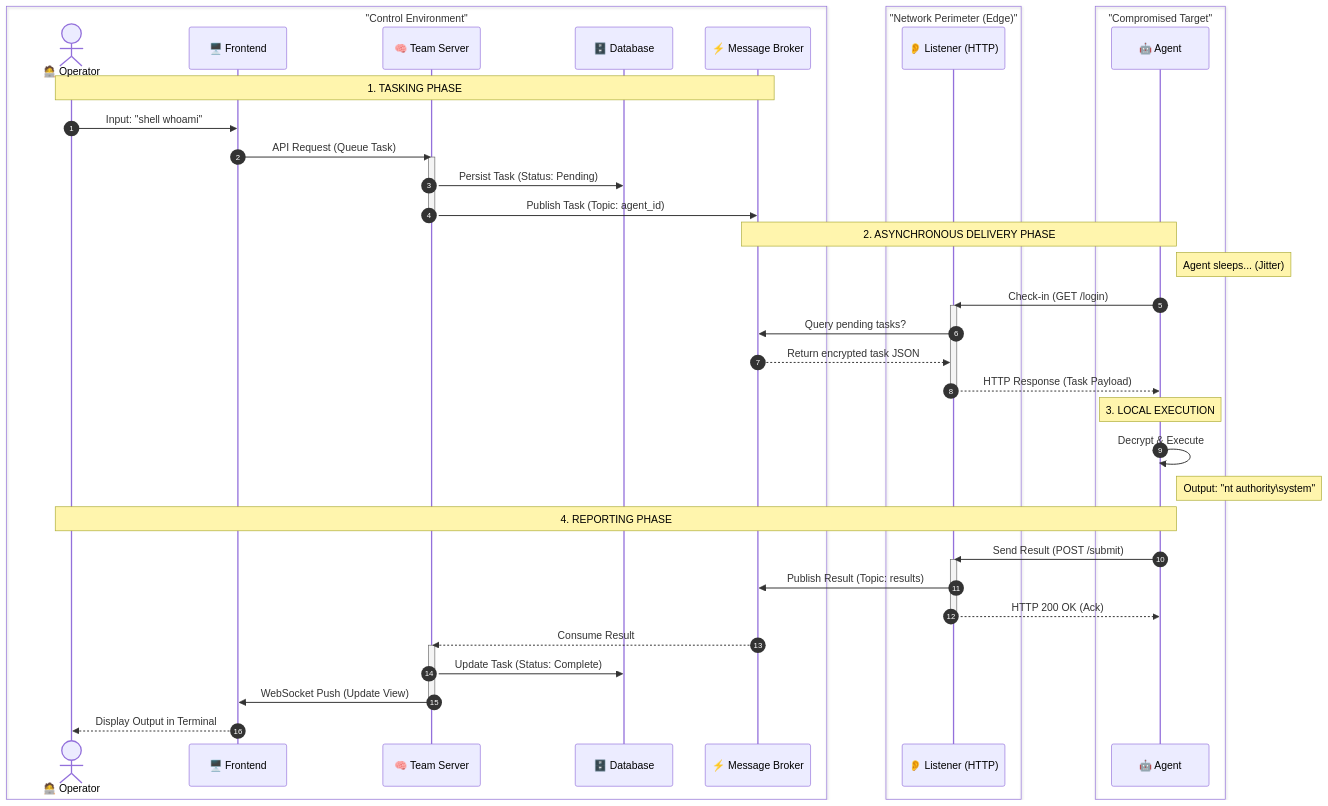
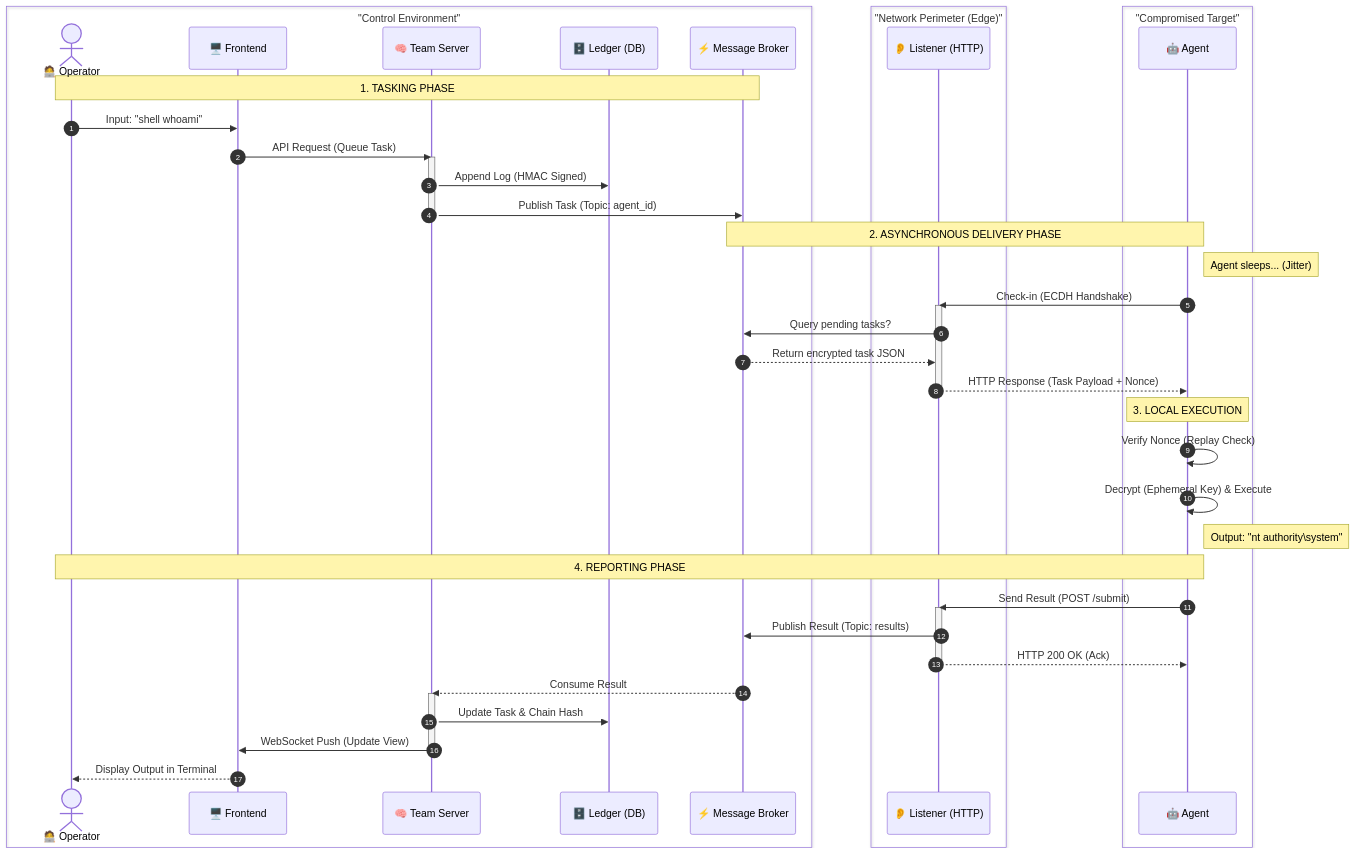
One commit to sourceunion/libre-control changed the second of 2 diagrams in ARCHITECTURE.md. Above: the diagram before and after it, drawn with Mermaid. The commit also changed other lines of this file and 4 other files, not shown here.

Commit message:
docs: update architecture documentation for clarity and detail

````diff
--- a/ARCHITECTURE.md
+++ b/ARCHITECTURE.md
@@ -145,63 +138,64 @@
 ```mermaid
 sequenceDiagram
     autonumber
     
     box "Control Environment" #f9f9f9
         actor Op as 🧑‍💻 Operator
         participant UI as 🖥️ Frontend
         participant Core as 🧠 Team Server
-        participant DB as 🗄️ Database
+        participant DB as 🗄️ Ledger (DB)
         participant Broker as ⚡ Message Broker
     end
     
     box "Network Perimeter (Edge)" #e1f5fe
         participant List as 👂 Listener (HTTP)
     end
     
     box "Compromised Target" #ffebee
         participant Agent as 🤖 Agent
     end
 
     %% PHASE 1: TASKING
     Note over Op, Broker: 1. TASKING PHASE
     Op->>UI: Input: "shell whoami"
     UI->>Core: API Request (Queue Task)
     activate Core
-    Core->>DB: Persist Task (Status: Pending)
+    Core->>DB: Append Log (HMAC Signed)
     Core->>Broker: Publish Task (Topic: agent_id)
     deactivate Core
     
     %% PHASE 2: BEACONING & DELIVERY
     Note over Broker, Agent: 2. ASYNCHRONOUS DELIVERY PHASE
     
     %% Sleep Loop (Jitter)
     Note right of Agent: Agent sleeps... (Jitter)
     
-    Agent->>List: Check-in (GET /login)
+    Agent->>List: Check-in (ECDH Handshake)
     activate List
     List->>Broker: Query pending tasks?
     Broker-->>List: Return encrypted task JSON
-    List-->>Agent: HTTP Response (Task Payload)
+    List-->>Agent: HTTP Response (Task Payload + Nonce)
     deactivate List
 
     %% PHASE 3: EXECUTION
     Note over Agent: 3. LOCAL EXECUTION
-    Agent->>Agent: Decrypt & Execute
+    Agent->>Agent: Verify Nonce (Replay Check)
+    Agent->>Agent: Decrypt (Ephemeral Key) & Execute
     Note right of Agent: Output: "nt authority\system"
 
     %% PHASE 4: REPORTING
     Note over Agent, Op: 4. REPORTING PHASE
     Agent->>List: Send Result (POST /submit)
     activate List
     List->>Broker: Publish Result (Topic: results)
     List-->>Agent: HTTP 200 OK (Ack)
     deactivate List
     
     Broker-->>Core: Consume Result
     activate Core
-    Core->>DB: Update Task (Status: Complete)
+    Core->>DB: Update Task & Chain Hash
     Core->>UI: WebSocket Push (Update View)
     deactivate Core
     
     UI-->>Op: Display Output in Terminal
 ```
````
